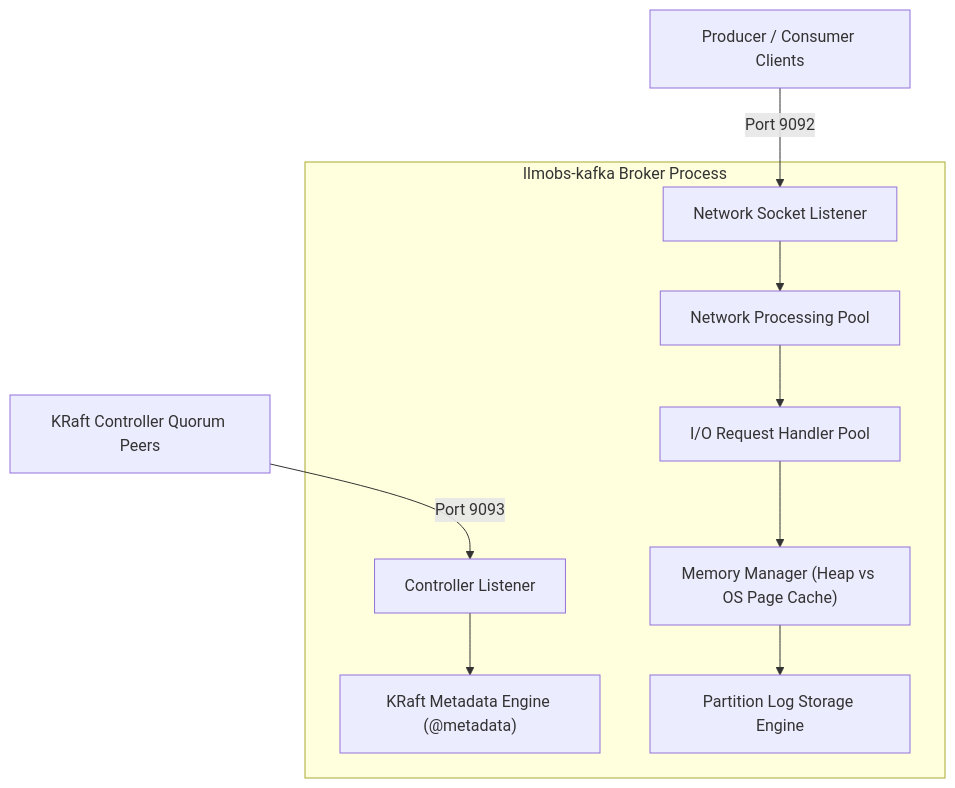
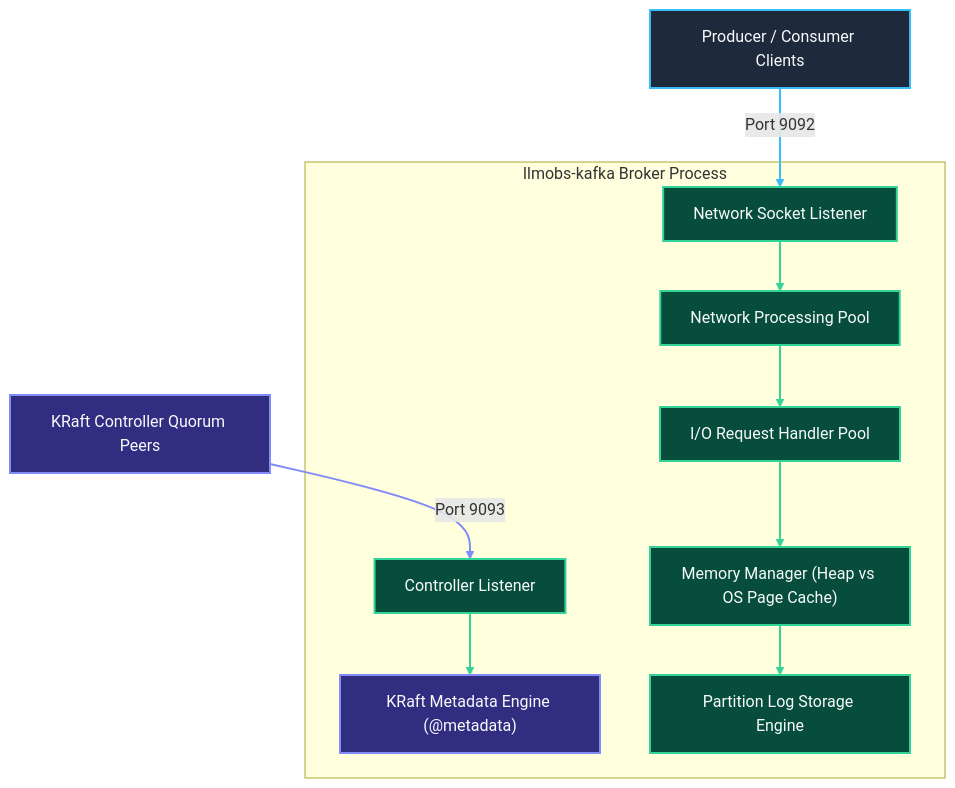
Before and after one commit to Chief-Strategist-J/llm-obs-infra: the third of 18 diagrams in docs/configDoc/kafka-configuration-guide.md, drawn with Mermaid. The commit also changed other lines of this file, not shown here.

Commit message:
docs(kafka): reorder component sections to Code -> HLD -> LLD -> Parameters and apply custom color styling to all Mermaid diagrams

````diff
--- a/docs/configDoc/kafka-configuration-guide.md
+++ b/docs/configDoc/kafka-configuration-guide.md
@@ -446,13 +528,27 @@
 ```mermaid
 graph TD
     Client["Producer / Consumer Clients"] -->|Port 9092| SocketListener["Network Socket Listener"]
     KRaftPeer["KRaft Controller Quorum Peers"] -->|Port 9093| ControllerListener["Controller Listener"]
 
     subgraph BrokerCoreEngine ["llmobs-kafka Broker Process"]
         SocketListener --> NetPool["Network Processing Pool"]
         ControllerListener --> KRaftEngine["KRaft Metadata Engine (@metadata)"]
         NetPool --> WorkPool["I/O Request Handler Pool"]
         WorkPool --> MemoryMgr["Memory Manager (Heap vs OS Page Cache)"]
         MemoryMgr --> LogEngine["Partition Log Storage Engine"]
     end
+
+    style Client fill:#1e293b,stroke:#38bdf8,stroke-width:2px,color:#f8fafc
+    style KRaftPeer fill:#312e81,stroke:#818cf8,stroke-width:2px,color:#f8fafc
+    style SocketListener fill:#064e3b,stroke:#34d399,stroke-width:2px,color:#f8fafc
+    style ControllerListener fill:#064e3b,stroke:#34d399,stroke-width:2px,color:#f8fafc
+    style NetPool fill:#064e3b,stroke:#34d399,stroke-width:2px,color:#f8fafc
+    style KRaftEngine fill:#312e81,stroke:#818cf8,stroke-width:2px,color:#f8fafc
+    style WorkPool fill:#064e3b,stroke:#34d399,stroke-width:2px,color:#f8fafc
+    style MemoryMgr fill:#064e3b,stroke:#34d399,stroke-width:2px,color:#f8fafc
+    style LogEngine fill:#064e3b,stroke:#34d399,stroke-width:2px,color:#f8fafc
+
+    linkStyle 0 stroke:#38bdf8,stroke-width:2px;
+    linkStyle 1 stroke:#818cf8,stroke-width:2px;
+    linkStyle 2,3,4,5,6 stroke:#34d399,stroke-width:2px;
 ```
````
